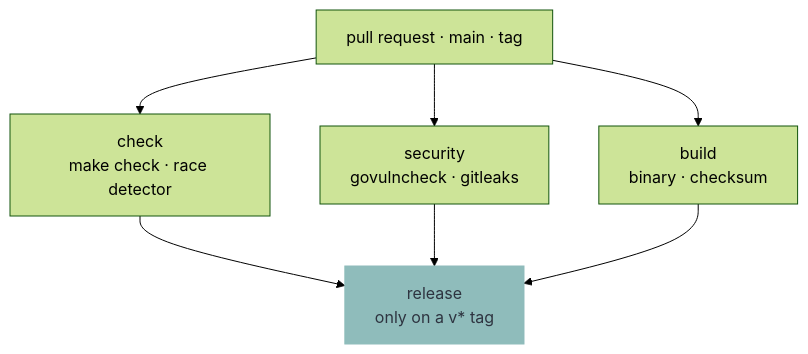
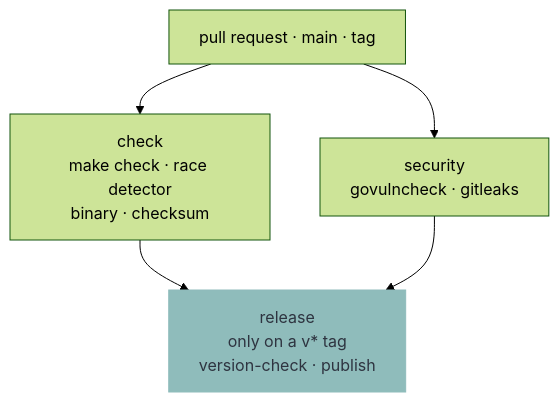
The second of 2 diagrams in docs/CONTRIBUTING.md (murkl/oak), drawn with Mermaid (forest theme) before and after one commit. The commit also changed other lines of this file and 10 other files, not shown here.

Commit message:
Build the release artefact in build and drop the recursive release target   Fold the build job into check and cache the toolchain in one place   Refuse a release tag the binary does not answer to   Stop the interface's clocks in tests instead of waiting them out

````diff
--- a/docs/CONTRIBUTING.md
+++ b/docs/CONTRIBUTING.md
@@ -57,11 +64,9 @@
 ```mermaid
 flowchart TD
-    P["pull request · main · tag"] --> C["check<br/>make check · race detector"]
+    P["pull request · main · tag"] --> C["check<br/>make check · race detector<br/>binary · checksum"]
     P --> S["security<br/>govulncheck · gitleaks"]
-    P --> B["build<br/>binary · checksum"]
     C --> R
-    S --> R
-    B --> R["release<br/>only on a v* tag"]
+    S --> R["release<br/>only on a v* tag<br/>version-check · publish"]
 
     style R fill:#8fbcbb,stroke:#8fbcbb,color:#2e3440
 ```
````
